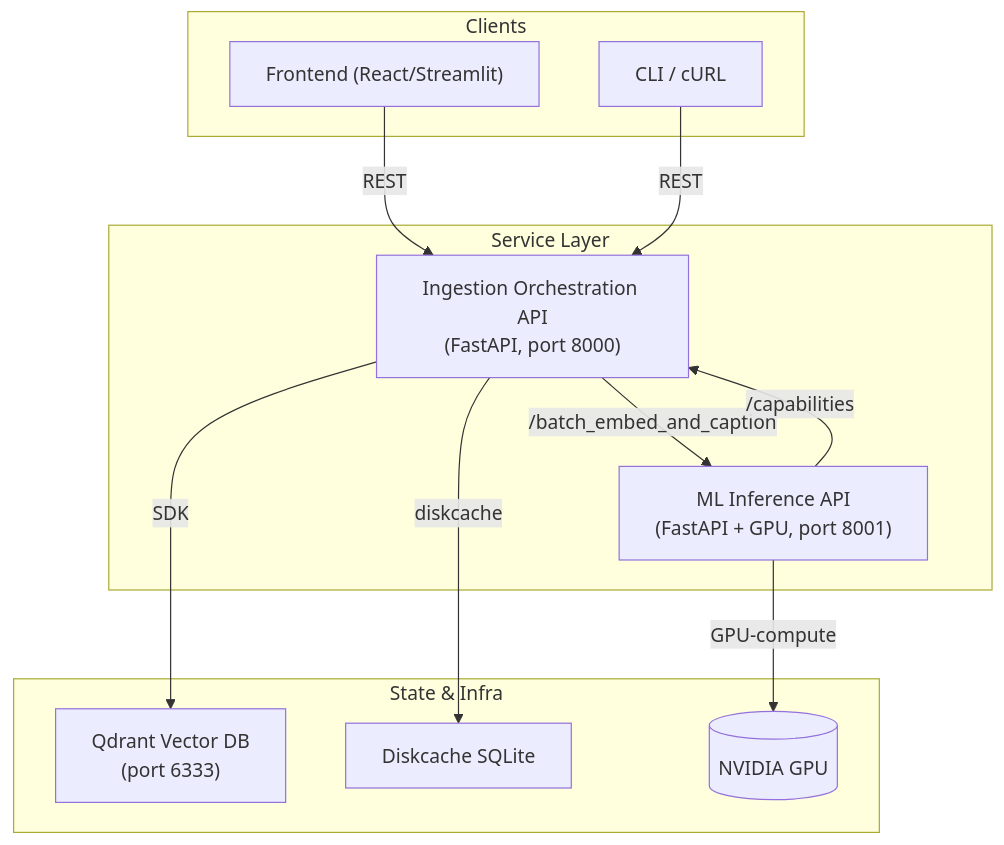
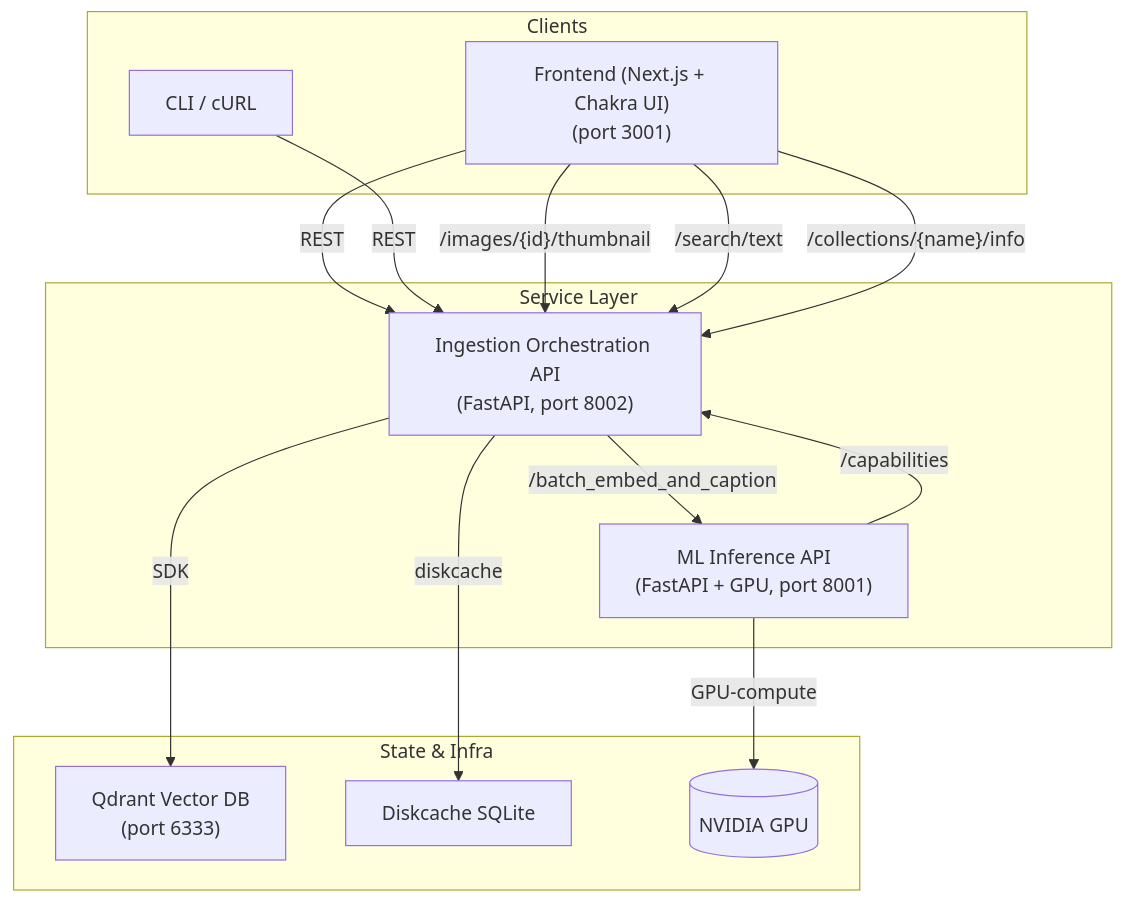
The diagram in backend/ARCHITECTURE.md (rm2thaddeus/Pixel_Detective), drawn with Mermaid before and after one commit. The commit also changed other lines of this file and 13 other files, not shown here.

Commit message:
more hydration, more images, more collections, more next steps

````diff
--- a/backend/ARCHITECTURE.md
+++ b/backend/ARCHITECTURE.md
@@ -124,29 +139,32 @@
 ```mermaid
 graph TD
     subgraph "Clients"
-        FE["Frontend (React/Streamlit)"]
+        FE["Frontend (Next.js + Chakra UI)\n(port 3001)"]
         CLI["CLI / cURL"]
     end
 
     subgraph "Service Layer"
-        ING["Ingestion Orchestration API\n(FastAPI, port 8000)"]
+        ING["Ingestion Orchestration API\n(FastAPI, port 8002)"]
         ML["ML Inference API\n(FastAPI + GPU, port 8001)"]
     end
 
     subgraph "State & Infra"
         VDB["Qdrant Vector DB\n(port 6333)"]
         DKC["Diskcache SQLite"]
         GPU[("NVIDIA GPU")]
     end
 
     FE -- REST --> ING
     CLI -- REST --> ING
 
     ING -- "/batch_embed_and_caption" --> ML
     ING -- SDK --> VDB
     ING -- diskcache --> DKC
 
     ML -- GPU-compute --> GPU
-
     ML -- "/capabilities" --> ING
+    
+    FE -- "/images/{id}/thumbnail" --> ING
+    FE -- "/search/text" --> ING
+    FE -- "/collections/{name}/info" --> ING
 ```
````
